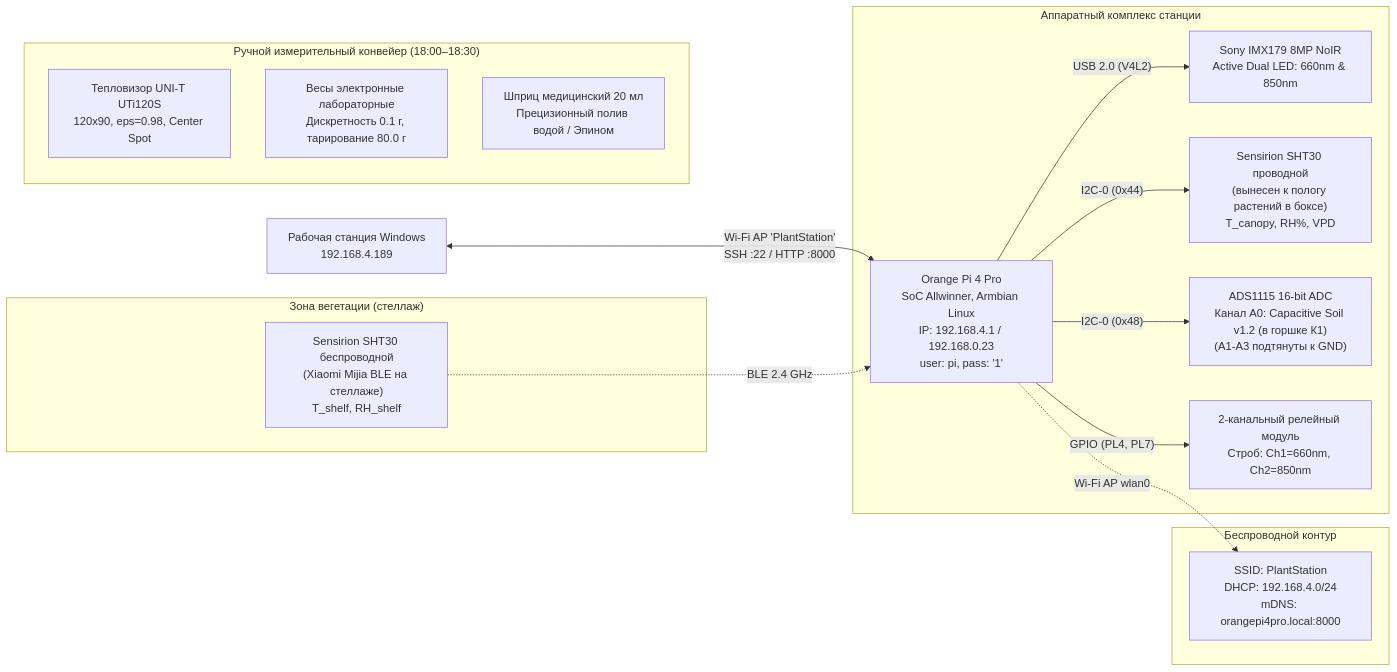
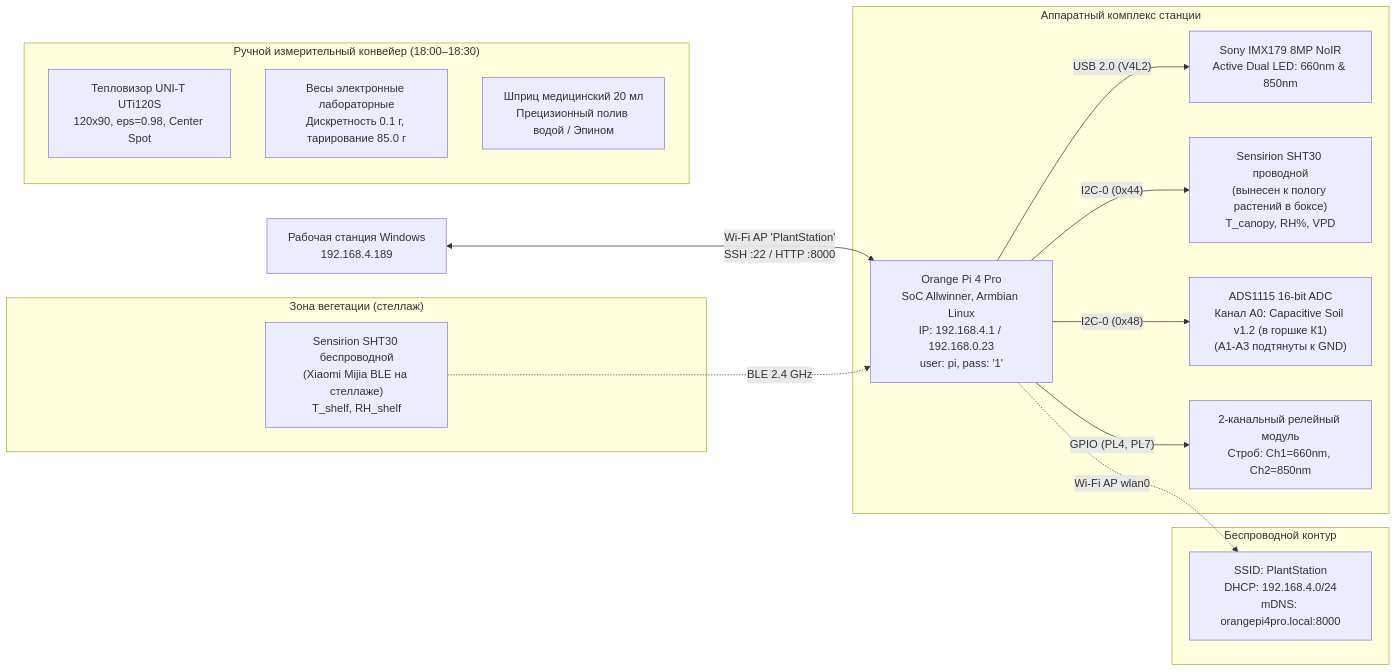
The diagram in docs/wave2/HANDOFF_WAVE2.md (ezicvtumane/plant-stress-ndvi), drawn with Mermaid before and after one commit. The commit also changed other lines of this file and 9 other files, not shown here.

````diff
--- a/docs/wave2/HANDOFF_WAVE2.md
+++ b/docs/wave2/HANDOFF_WAVE2.md
@@ -49,25 +49,25 @@
 ```mermaid
 flowchart LR
     PC["Рабочая станция Windows<br>192.168.4.189"] <-->|"Wi-Fi AP 'PlantStation'<br>SSH :22 / HTTP :8000"| OPi["Orange Pi 4 Pro<br>SoC Allwinner, Armbian Linux<br>IP: 192.168.4.1 / 192.168.0.23<br>user: pi, pass: '1'"]
     
     subgraph OPi_Peripherals["Аппаратный комплекс станции"]
         OPi -->|"USB 2.0 (V4L2)"| CAM["Sony IMX179 8MP NoIR<br>Active Dual LED: 660nm & 850nm"]
         OPi -->|"I2C-0 (0x44)"| SHT_CANOPY["Sensirion SHT30 проводной<br>(вынесен к пологу растений в боксе)<br>T_canopy, RH%, VPD"]
         OPi -->|"I2C-0 (0x48)"| ADC["ADS1115 16-bit ADC<br>Канал A0: Capacitive Soil v1.2 (в горшке К1)<br>(A1-A3 подтянуты к GND)"]
         OPi -->|"GPIO (PL4, PL7)"| RELAY["2-канальный релейный модуль<br>Строб: Ch1=660nm, Ch2=850nm"]
     end
 
     subgraph Shelf_Zone["Зона вегетации (стеллаж)"]
         SHT_SHELF["Sensirion SHT30 беспроводной<br>(Xiaomi Mijia BLE на стеллаже)<br>T_shelf, RH_shelf"] -.->|"BLE 2.4 GHz"| OPi
     end
 
     subgraph Mobile_AP["Беспроводной контур"]
         OPi -.->|"Wi-Fi AP wlan0"| AP["SSID: PlantStation<br>DHCP: 192.168.4.0/24<br>mDNS: orangepi4pro.local:8000"]
     end
 
     subgraph Operator_Hardware["Ручной измерительный конвейер (18:00–18:30)"]
         LWIR["Тепловизор UNI-T UTi120S<br>120x90, eps=0.98, Center Spot"]
-        SCALE["Весы электронные лабораторные<br>Дискретность 0.1 г, тарирование 80.0 г"]
+        SCALE["Весы электронные лабораторные<br>Дискретность 0.1 г, тарирование 85.0 г"]
         SYRINGE["Шприц медицинский 20 мл<br>Прецизионный полив водой / Эпином"]
     end
 ```
````
